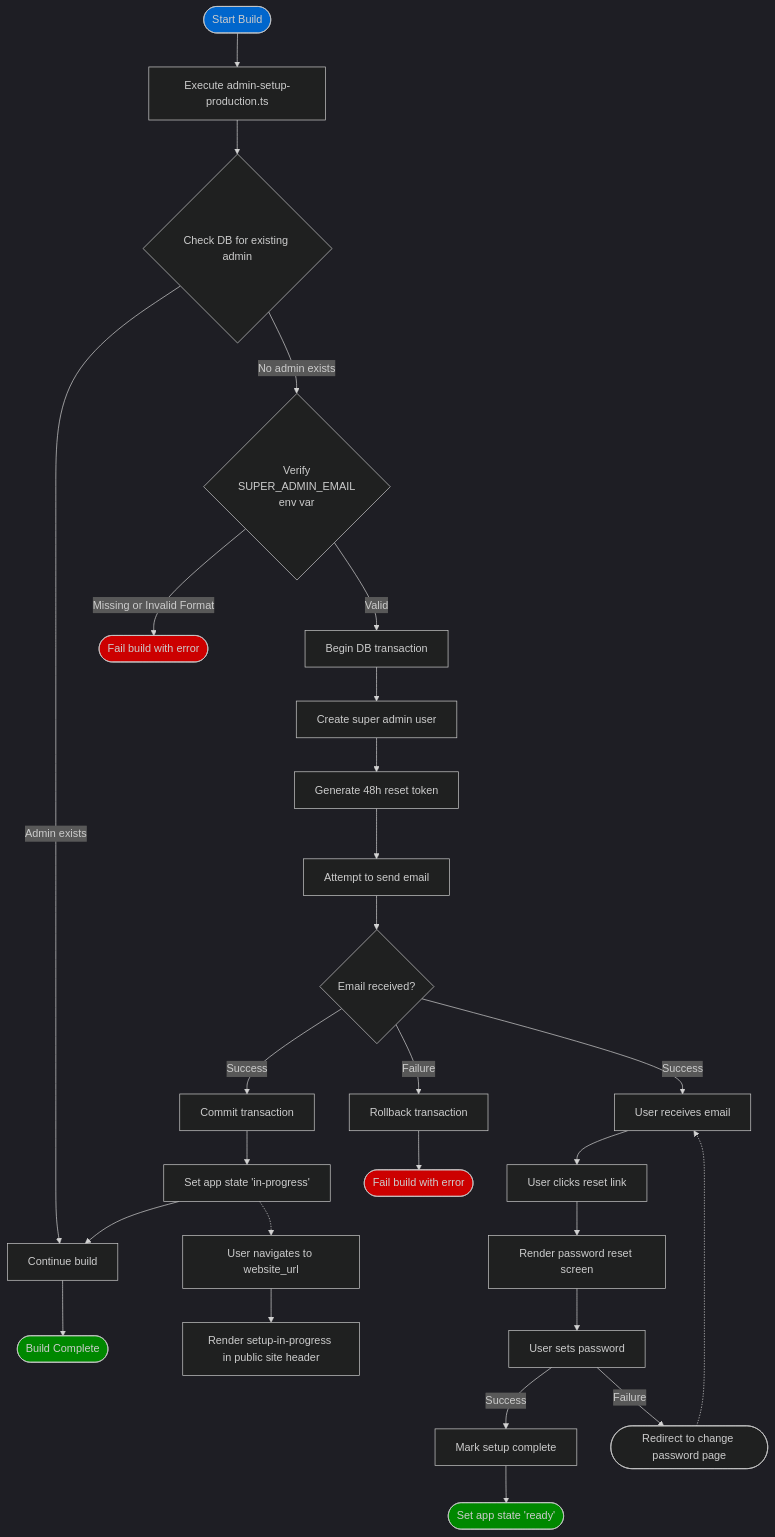
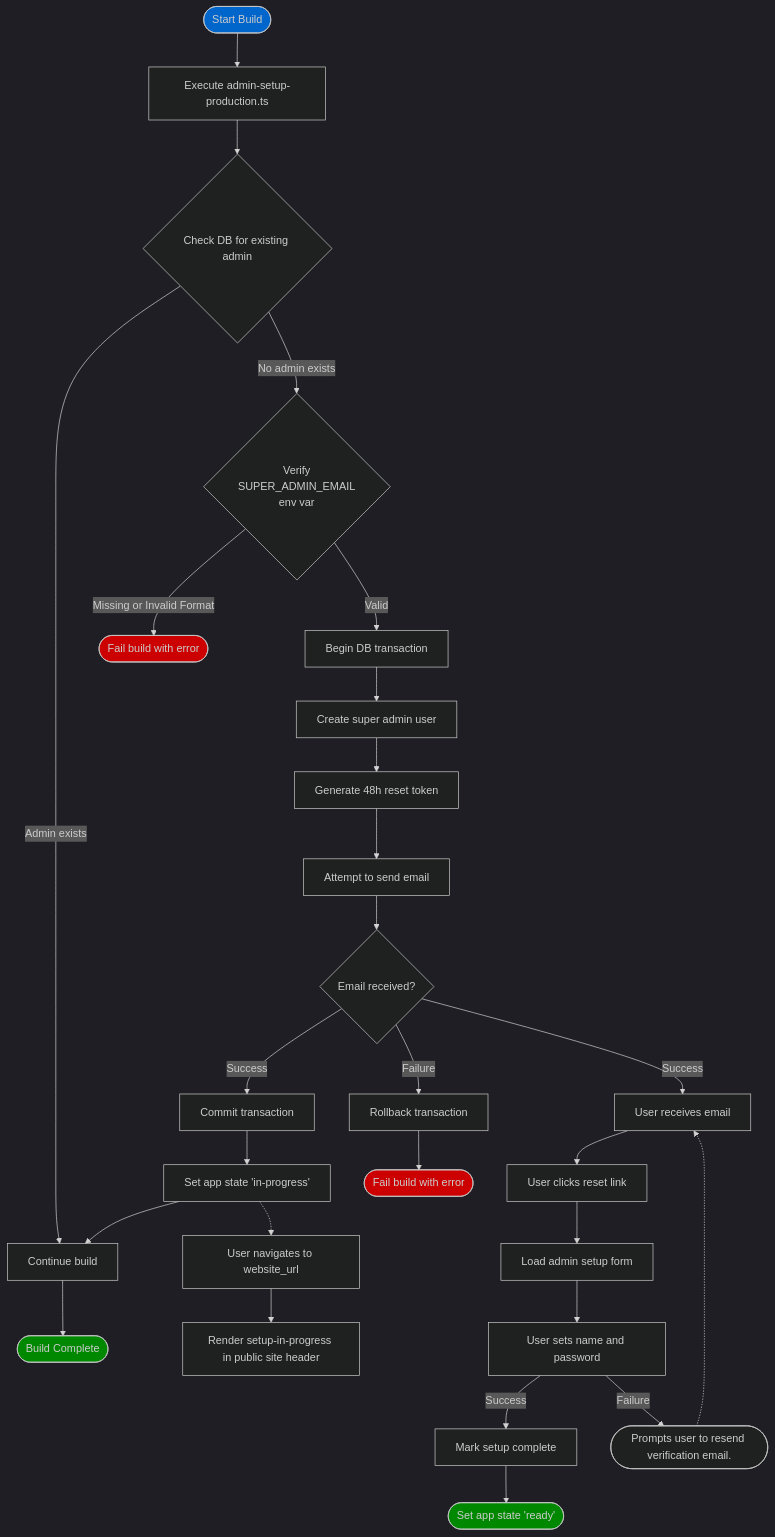
One commit to kirinmurphy/trpc_starter changed the first of 2 diagrams in docs/super_admin_setup.md. Above: the diagram before and after it, drawn with Mermaid. The commit also changed other lines of this file and 12 other files, not shown here.

````diff
--- a/docs/super_admin_setup.md
+++ b/docs/super_admin_setup.md
@@ -9,58 +10,58 @@
 ```mermaid
 %%{init: {
   "theme": "dark", 
   "themeVariables": { 
     "primaryColor": "#ff6e6e", 
     "secondaryColor": "#feb236", 
     "tertiaryColor": "#6cb1ff" 
   },
   "flowchart": {
     "htmlLabels": true,
     "curve": "basis"
   }
 }}%%
 
 graph TD
     Start(["Start Build"]) --> PreStartup["Execute admin-setup-production.ts"]
     PreStartup --> CheckDB{"Check DB for existing admin"}
     CheckDB -->|"Admin exists"| ContinueBuild["Continue build"]
 
     CheckDB -->|"No admin exists"| CheckEnvVar{"Verify <br/>SUPER_ADMIN_EMAIL<br/> env var"}
     
     CheckEnvVar -->|"Missing or Invalid Format"| FailBuild1(["Fail build with error"])
     CheckEnvVar -->|"Valid"| BeginTransaction["Begin DB transaction"]
     
     BeginTransaction --> CreateAdmin["Create super admin user"]
     CreateAdmin --> GenerateToken["Generate 48h reset token"]
     GenerateToken --> SendEmail["Attempt to send email"]
     SendEmail --> EmailSent{"Email received?"}
     
     EmailSent -->|"Success"| CommitTransaction["Commit transaction"]
     EmailSent -->|"Failure"| RollbackTransaction["Rollback transaction"]
     RollbackTransaction --> FailBuild3(["Fail build with error"])
     StartApp --> ContinueBuild
     ContinueBuild --> BuildComplete(["Build Complete"])
     
     CommitTransaction --> StartApp["Set app state 'in-progress'"]
     
     StartApp -.-> UserNavigateRoot["User navigates to website_url"]
     UserNavigateRoot --> RenderSplash["Render setup-in-progress in public site header"]
     
     EmailSent -->|"Success"| UserReceiveEmail["User receives email"]
     UserReceiveEmail --> UserClicksLink["User clicks reset link"]
-    UserClicksLink --> RenderResetScreen["Render password reset screen"]
-    RenderResetScreen --> UserSetsPassword["User sets password"]
+    UserClicksLink --> RenderResetScreen["Load admin setup form"]
+    RenderResetScreen --> UserSetsPassword["User sets name and password"]
     
     UserSetsPassword -->|"Success"| MarkSetupComplete["Mark setup complete"]
     MarkSetupComplete --> SetReadyState(["Set app state 'ready'"])
-    UserSetsPassword -->|"Failure"| PasswordResetFail(["Redirect to change password page"])
+    UserSetsPassword -->|"Failure"| PasswordResetFail(["Prompts user to resend verification email."])
     PasswordResetFail -.-> UserReceiveEmail
     
     classDef start fill:#0066cc
     classDef failure fill:#cc0000
     classDef success fill:#008800
     
     class Start start
     class FailBuild1,FailBuild3 failure
     class BuildComplete,SetReadyState success
 ```
````
